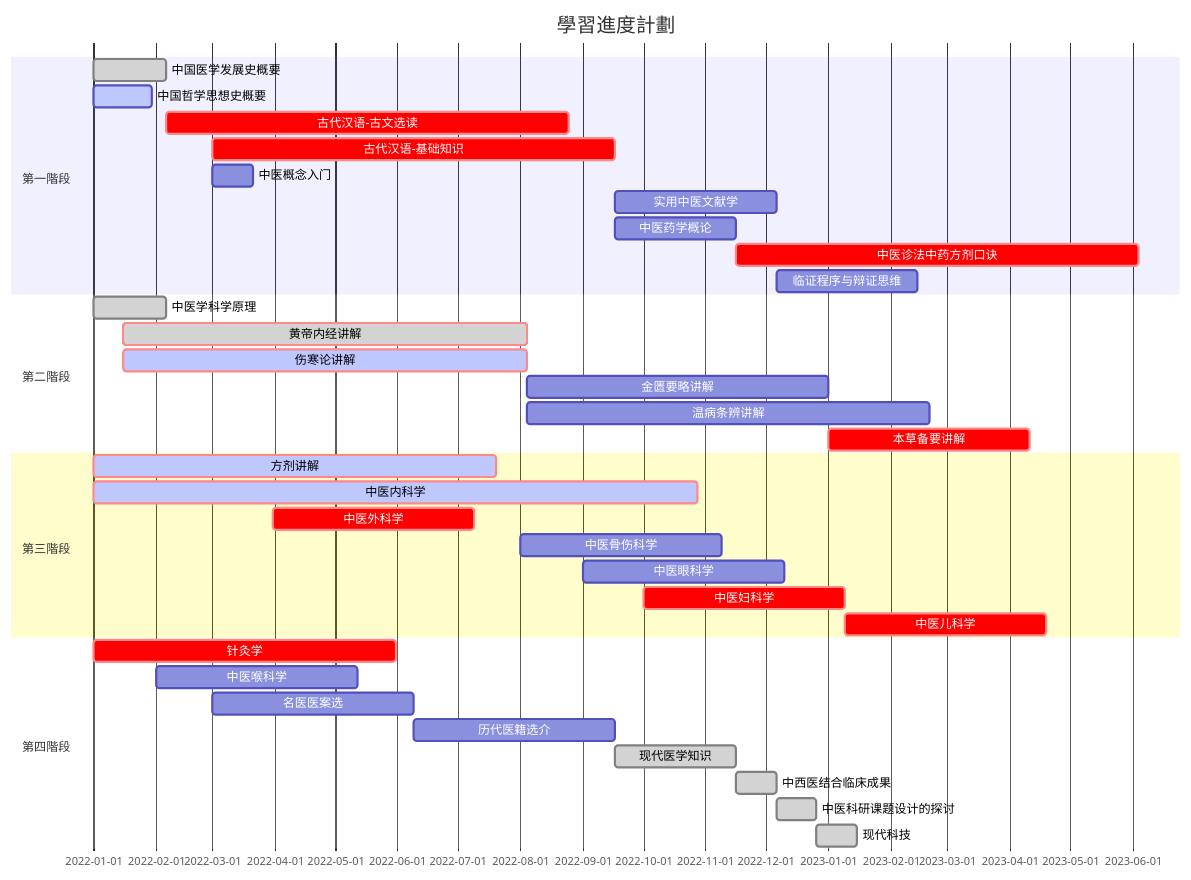
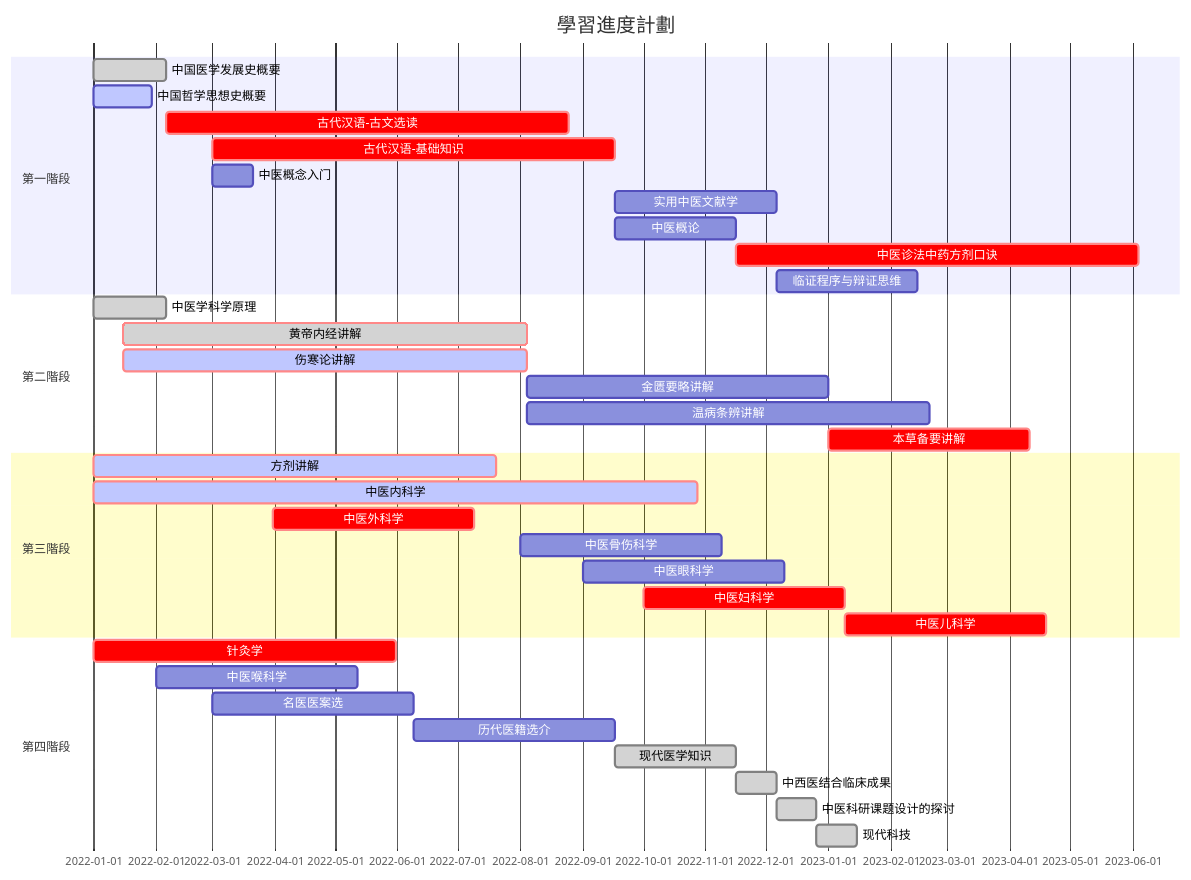
The diagram in README.md (Franklyzzm/GMZYhsjcXx), drawn with Mermaid before and after one commit.

````diff
--- a/README.md
+++ b/README.md
@@ -71,48 +71,48 @@
 ```mermaid
 %% Example with selection of syntaxes
   %% 用 KS 考試，KC 考察，ZX 自修，
 
     gantt
     dateFormat  MM-DD
     title 學習進度計劃
 
   %% 用 1學時 用 1d 表示
 
     section 第一階段
     中国医学发展史概要    :done,    kc-yxfz, 01-01, 36d
     中国哲学思想史概要    :active,  kc-zxsx, 01-01, 01-30
     古代汉语-古文选读     :crit,    ks-gwxd, after kc-yxfz, 200d
     古代汉语-基础知识     :crit,    ks-hyjc, 03-01, 200d
     中医概念入门          :         rm, 03-01, 20d 
     实用中医文献学        :         zx-zywx, after ks-hyjc, 80d
-    中医药学概论          :         zx-zygl, after ks-hyjc, 60d
+    中医概论          :         zx-zygl, after ks-hyjc, 60d
     中医诊法中药方剂口诀  :crit,    ks-kj, after zx-zygl, 200d
     临证程序与辩证思维    :         zx-lzcx, after zx-zywx, 70d
 
     section 第二階段
     中医学科学原理         :done,          zx-kxyl, 01-01, 36d
     黄帝内经讲解           :crit, done,    ks-hdnj, 01-16, 200d
     伤寒论讲解             :crit, active,  ks-shl, 01-16, 200d
     金匮要略讲解           :               ks-jkyl, after ks-shl, 150d
     温病条辨讲解           :               ks-wbtb, after ks-shl, 200d
     本草备要讲解           :crit,          ks-bcby, after ks-jkyl,100d
 
     section 第三階段
     方剂讲解           :crit, active,  ks-fj, 01-01, 200d
     中医内科学         :crit, active,  ks-nk, 01-01, 300d
     中医外科学         :crit,          ks-wk, 03-31, 100d
     中医骨伤科学       :               kc-gsk, 08-01, 100d
     中医眼科学         :               kc-yk, 09-01, 100d
     中医妇科学         :crit,          ks-fk, 10-01, 100d
     中医儿科学         :crit,          ks-ek, after ks-fk, 100d
 
     section 第四階段
     针灸学                    :crit,  ks-zj, 01-01, 150d
     中医喉科学                :       kc-hk, 02-01, 100d
     名医医案选                :       zx-ya, 03-01, 100d
     历代医籍选介              :       zx-yj, after zx-ya, 100d
     现代医学知识              :done, 60d
     中西医结合临床成果        :done, 20d
     中医科研课题设计的探讨    :done, 20d
     现代科技                  :done, 20d
 ```
````
